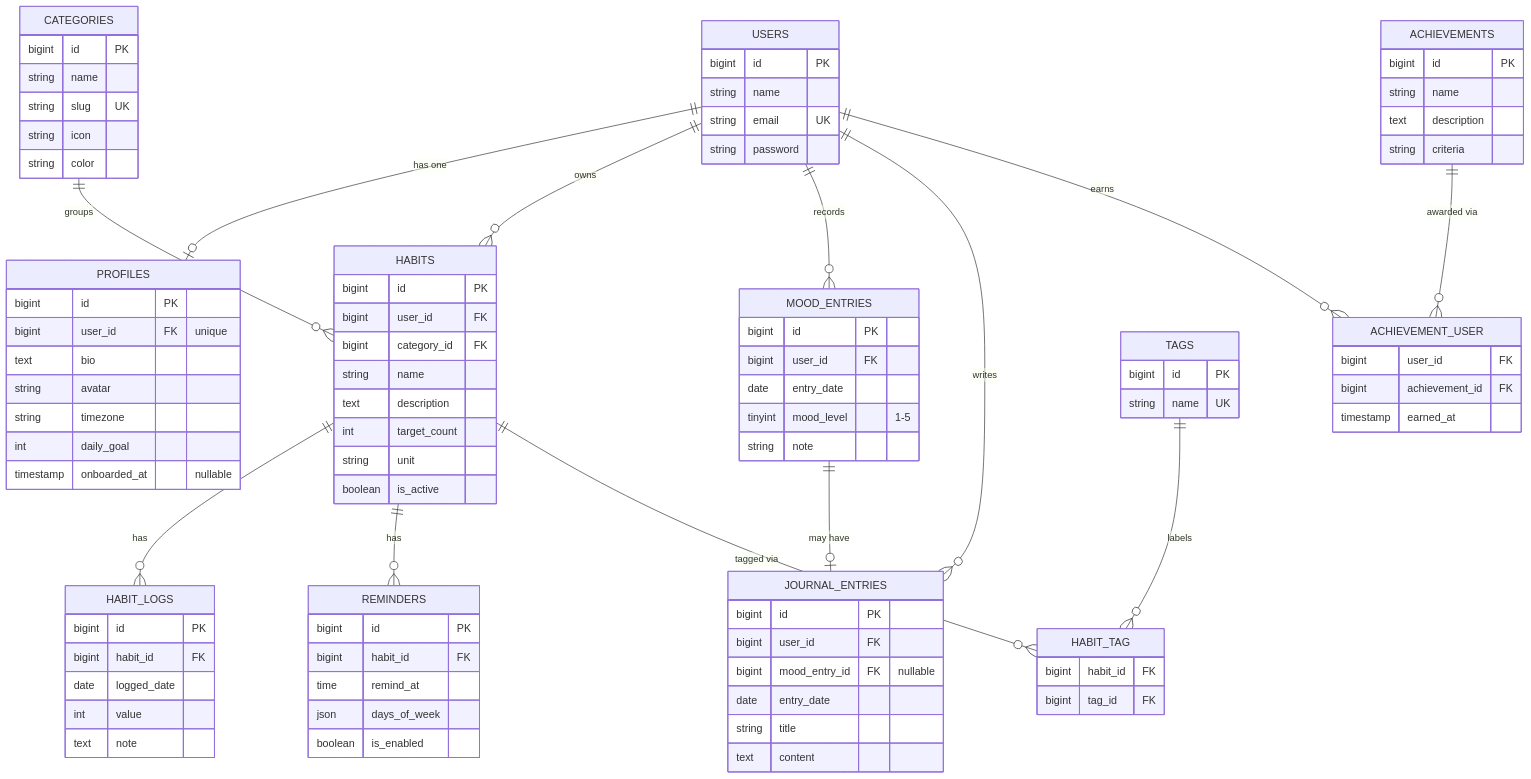
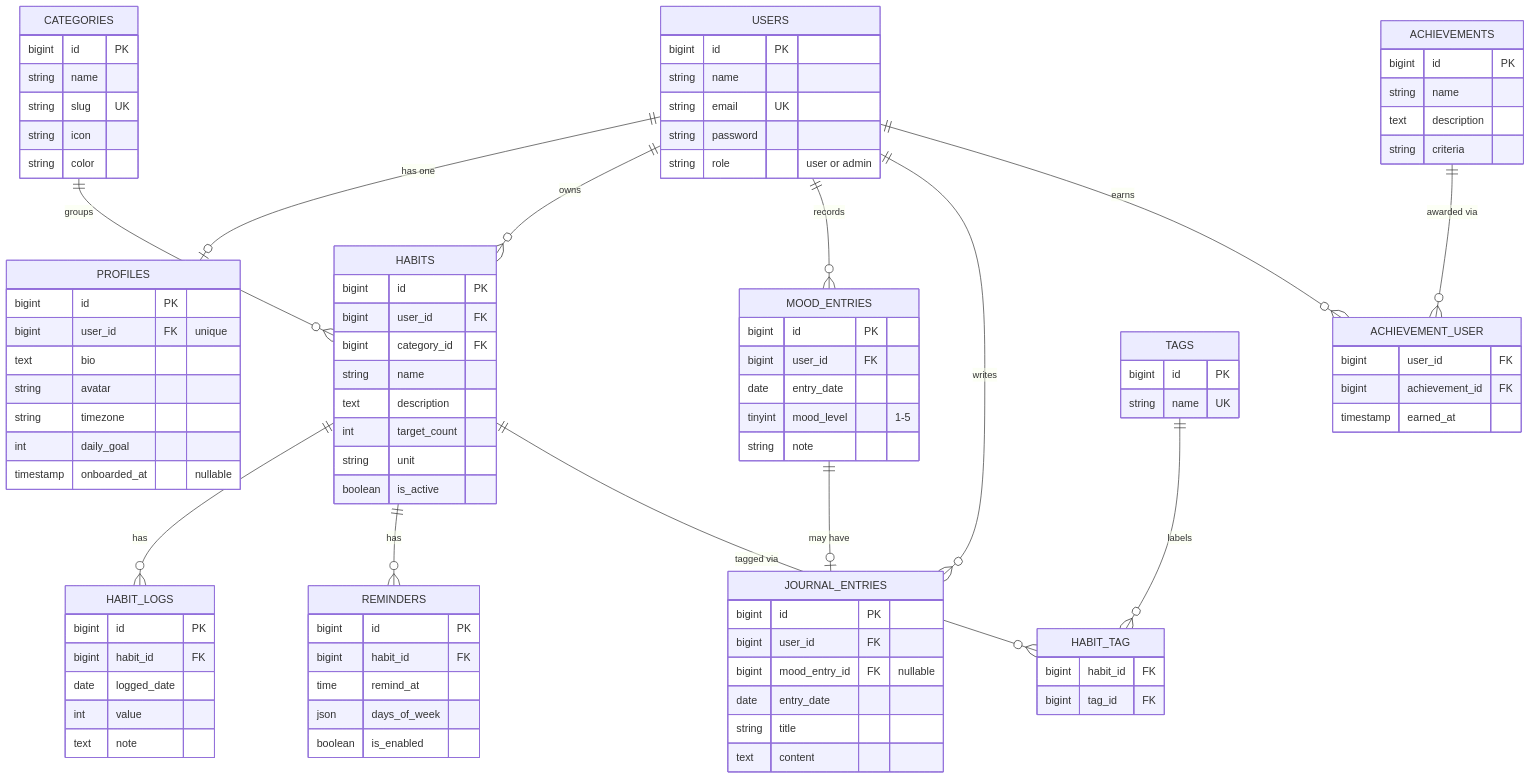
Before and after one commit to dzakwannajmi/habitude: the diagram in docs/database/erd.md, drawn with Mermaid. The commit also changed other lines of this file and 37 other files, not shown here.

```diff
--- a/docs/database/erd.md
+++ b/docs/database/erd.md
@@ -26,6 +26,7 @@
         string name
         string email UK
         string password
+        string role "user or admin"
     }
     PROFILES {
         bigint id PK
```
